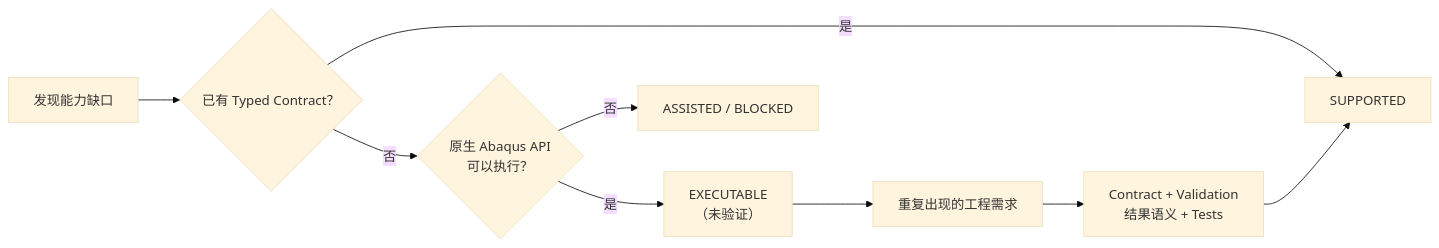
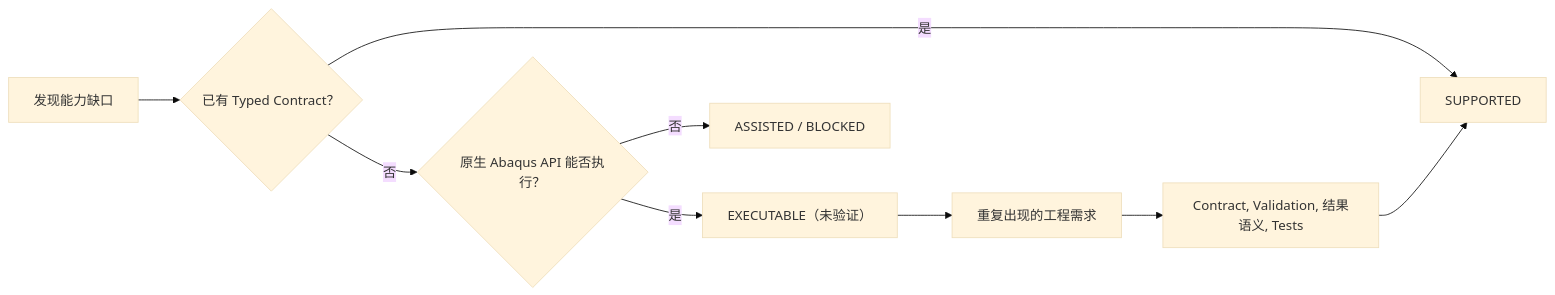
One commit to chenlei-gh/Abaqus-AI-Agent changed the third of 3 diagrams in README_CN.md. Above: the diagram before and after it, drawn with Mermaid (base theme). The commit also changed other lines of this file and 1 other file, not shown here.

````diff
--- a/README_CN.md
+++ b/README_CN.md
@@ -70,11 +75,11 @@
 ```mermaid
 flowchart LR
     D["发现能力缺口"] --> T{"已有 Typed Contract？"}
     T -->|是| S["SUPPORTED"]
-    T -->|否| P{"原生 Abaqus API<br/>可以执行？"}
-    P -->|是| X["EXECUTABLE<br/>（未验证）"]
+    T -->|否| P{"原生 Abaqus API 能否执行？"}
+    P -->|是| X["EXECUTABLE（未验证）"]
     P -->|否| A["ASSISTED / BLOCKED"]
     X --> H["重复出现的工程需求"]
-    H --> C["Contract + Validation<br/>结果语义 + Tests"]
+    H --> C["Contract, Validation, 结果语义, Tests"]
     C --> S
 ```
````
